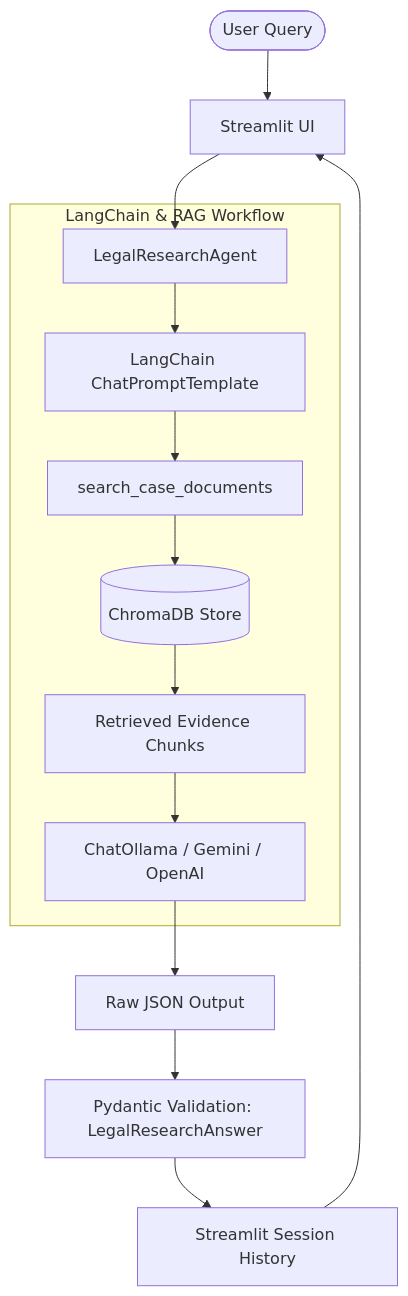
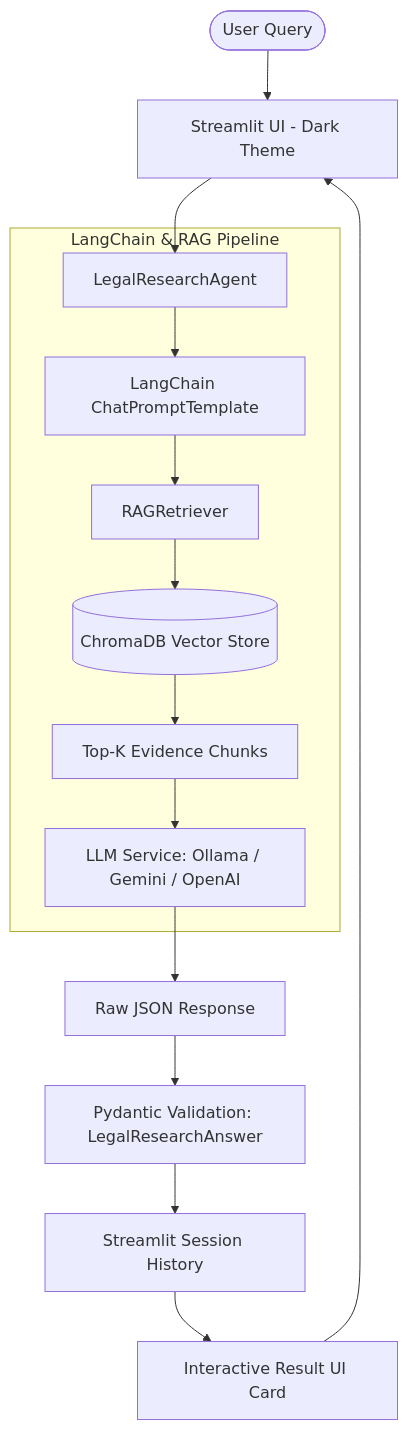
The diagram in README.md (SathOps/Crime-Scene-Investigation-RAG), drawn with Mermaid before and after one commit. The commit also changed other lines of this file, not shown here.

````diff
--- a/README.md
+++ b/README.md
@@ -51,18 +65,19 @@
 ```mermaid
 flowchart TD
-    User([User Query]) --> UI[Streamlit UI]
+    User([User Query]) --> UI[Streamlit UI - Dark Theme]
     UI --> Agent[LegalResearchAgent]
     
-    subgraph LangChain & RAG Workflow
+    subgraph LangChain & RAG Pipeline
         Agent --> Prompt[LangChain ChatPromptTemplate]
-        Prompt --> Ret[search_case_documents]
-        Ret --> VectorStore[(ChromaDB Store)]
-        VectorStore --> Evidence[Retrieved Evidence Chunks]
-        Evidence --> LLM[ChatOllama / Gemini / OpenAI]
+        Prompt --> Ret[RAGRetriever]
+        Ret --> VectorStore[(ChromaDB Vector Store)]
+        VectorStore --> Chunks[Top-K Evidence Chunks]
+        Chunks --> LLM[LLM Service: Ollama / Gemini / OpenAI]
     end
 
-    LLM --> JSON[Raw JSON Output]
+    LLM --> JSON[Raw JSON Response]
     JSON --> Pydantic[Pydantic Validation: LegalResearchAnswer]
     Pydantic --> Session[Streamlit Session History]
-    Session --> UI
+    Session --> Card[Interactive Result UI Card]
+    Card --> UI
 ```
````
